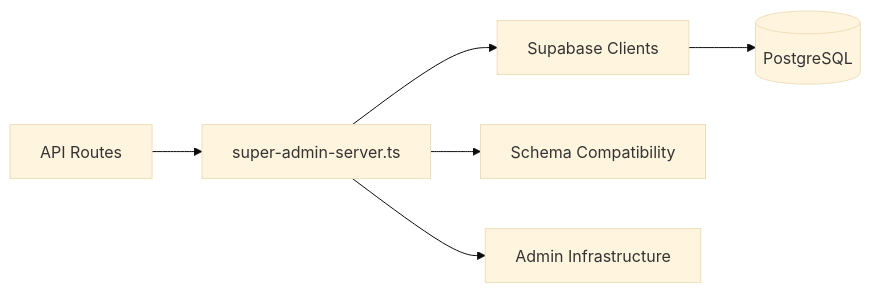
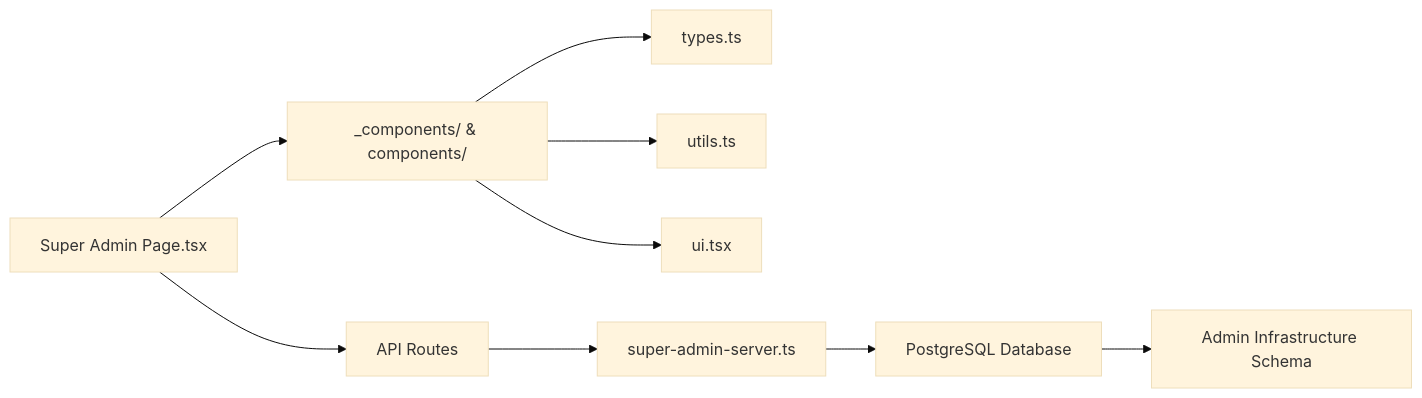
Before and after one commit to mustafaalkusaj/appschoolmustafa2002: the fifth of 5 diagrams in .qoder/repowiki/en/content/Multi-Tenant Management/Super Admin Functionality.md, drawn with Mermaid (base theme). The commit also changed other lines of this file and 85 other files, not shown here.

````diff
--- a/.qoder/repowiki/en/content/Multi-Tenant Management/Super Admin Functionality.md
+++ b/.qoder/repowiki/en/content/Multi-Tenant Management/Super Admin Functionality.md
@@ -395,8 +330,11 @@
 ```mermaid
 graph LR
-Routes["API Routes"] --> Server["super-admin-server.ts"]
-Server --> Supabase["Supabase Clients"]
-Server --> Schema["Schema Compatibility"]
-Server --> Infra["Admin Infrastructure"]
-Supabase --> DB[("PostgreSQL")]
+Page["Super Admin Page.tsx"] --> Components["_components/ & components/"]
+Components --> Types["types.ts"]
+Components --> Utils["utils.ts"]
+Components --> UI["ui.tsx"]
+Page --> API["API Routes"]
+API --> Server["super-admin-server.ts"]
+Server --> Database["PostgreSQL Database"]
+Database --> Schema["Admin Infrastructure Schema"]
 ```
````
